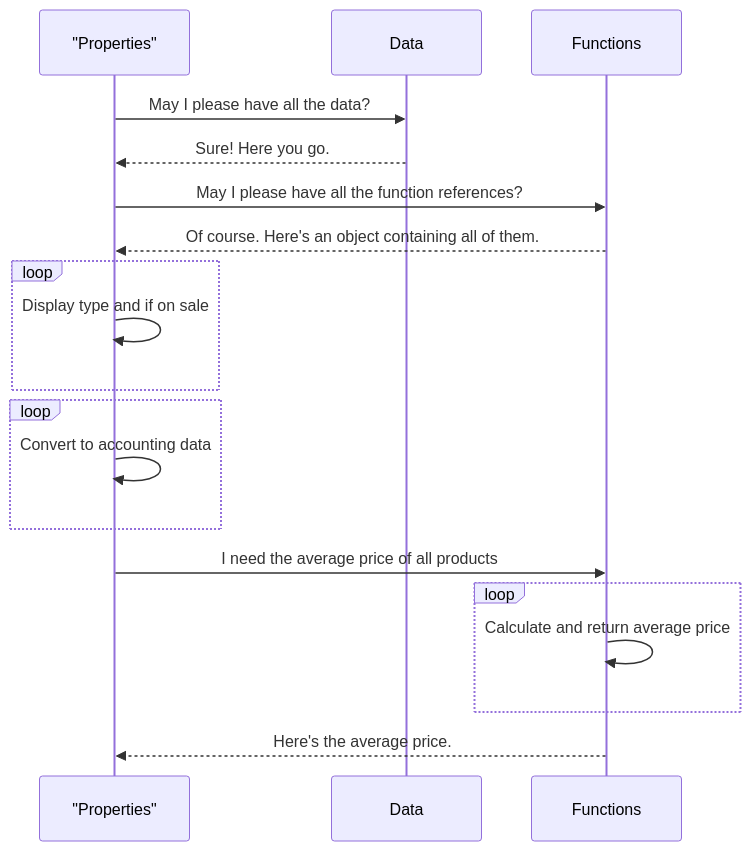
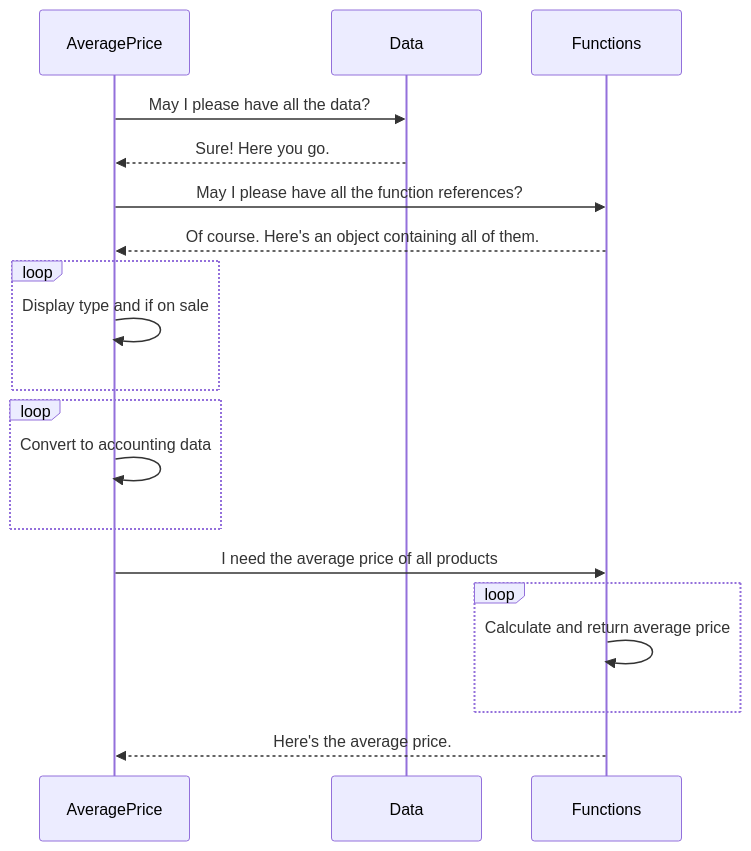
The second of 2 diagrams in book-1-queen-bee/chapters/SURF_DIAGRAM.md (nashville-software-school/client-side-mastery), drawn with Mermaid before and after one commit.

````diff
--- a/book-1-queen-bee/chapters/SURF_DIAGRAM.md
+++ b/book-1-queen-bee/chapters/SURF_DIAGRAM.md
@@ -40,22 +40,22 @@
 ```mermaid
 sequenceDiagram
-    participant "Properties"
+    participant AveragePrice
     participant Data
     participant Functions
-    "Properties"->>Data: May I please have all the data?
-    Data-->>"Properties": Sure! Here you go.
-    "Properties"->>Functions: May I please have all the function references?
-    Functions-->>"Properties": Of course. Here's an object containing all of them.
+    AveragePrice->>Data: May I please have all the data?
+    Data-->>AveragePrice: Sure! Here you go.
+    AveragePrice->>Functions: May I please have all the function references?
+    Functions-->>AveragePrice: Of course. Here's an object containing all of them.
     loop
-        "Properties"->>"Properties": Display type and if on sale
+        AveragePrice->>AveragePrice: Display type and if on sale
     end
     loop
-        "Properties"->>"Properties": Convert to accounting data
+        AveragePrice->>AveragePrice: Convert to accounting data
     end
-    "Properties"->>Functions: I need the average price of all products
+    AveragePrice->>Functions: I need the average price of all products
     loop
         Functions->>Functions: Calculate and return average price
     end
-    Functions-->>"Properties": Here's the average price.
+    Functions-->>AveragePrice: Here's the average price.
 
 ```
````
